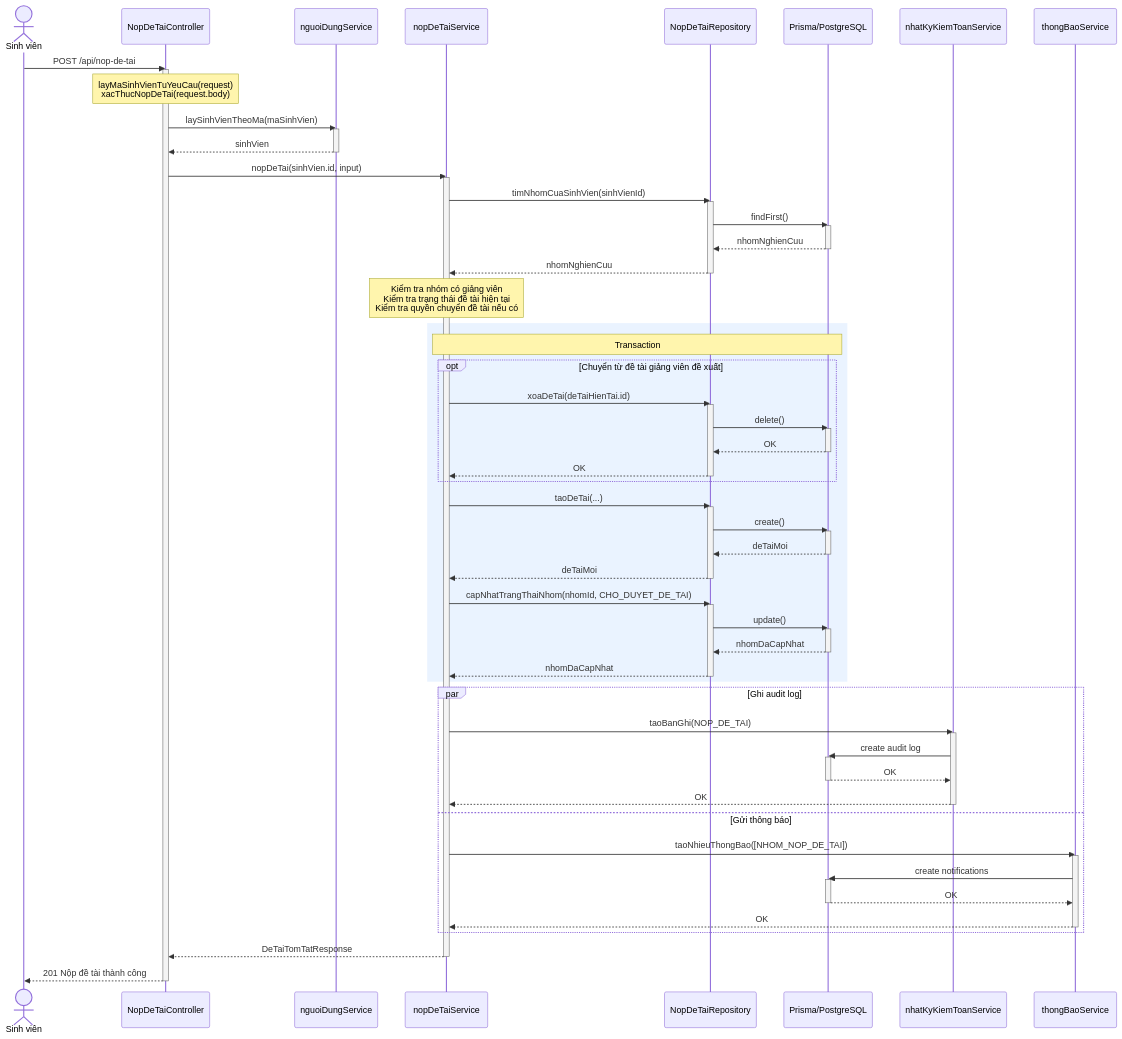
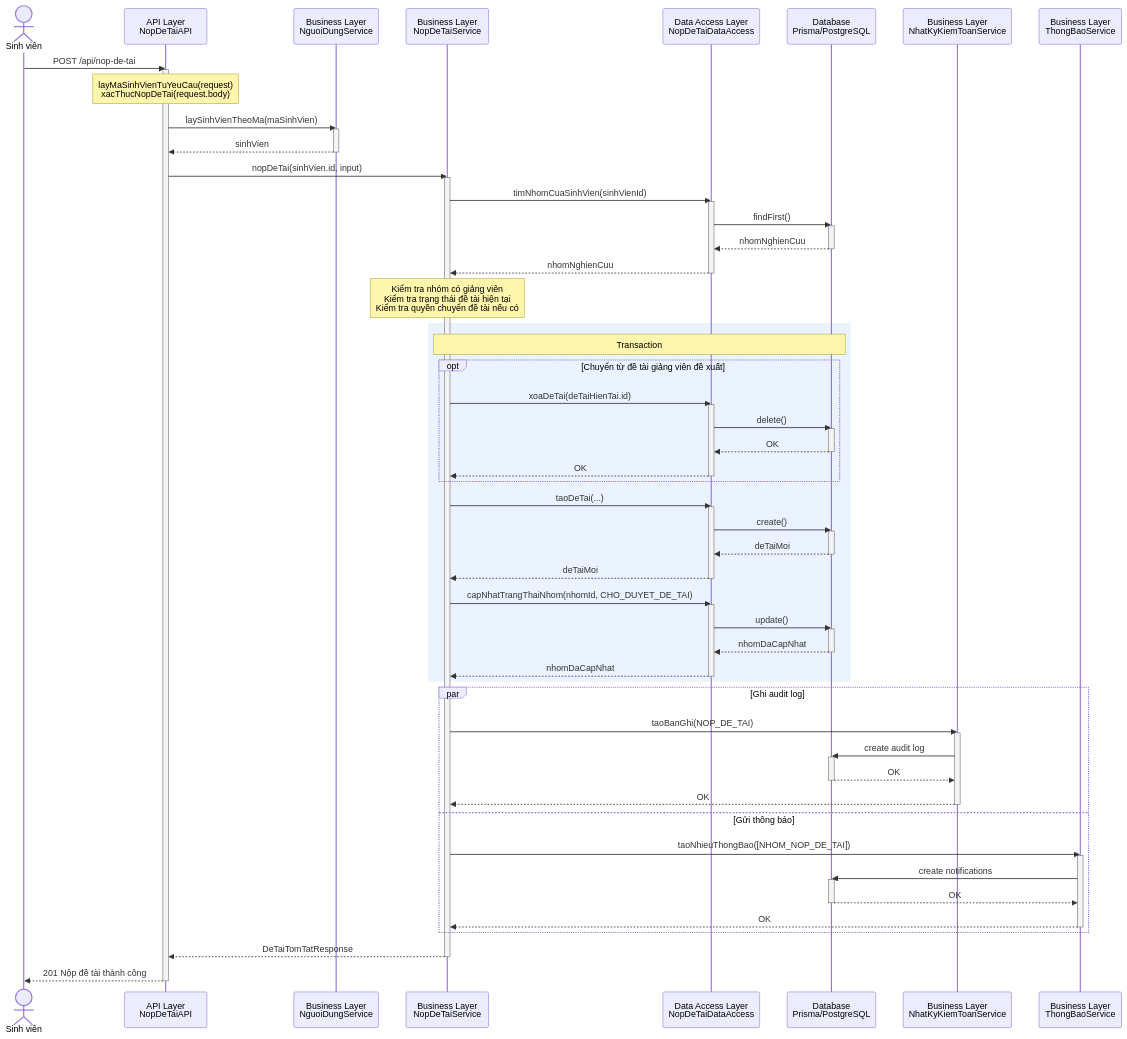
The first of 6 diagrams in bao-cao-thiet-ke-xu-ly-chi-tiet/nop-de-tai-tu-de-xuat.md (GiangTechiee/NCKH-KTPM), drawn with Mermaid before and after one commit. The commit also changed other lines of this file and 114 other files, not shown here.

First line of the commit message:
Refactor backend to 4-layer architecture

````diff
--- a/bao-cao-thiet-ke-xu-ly-chi-tiet/nop-de-tai-tu-de-xuat.md
+++ b/bao-cao-thiet-ke-xu-ly-chi-tiet/nop-de-tai-tu-de-xuat.md
@@ -20,67 +20,67 @@
 ```mermaid
 sequenceDiagram
   actor SinhVien as Sinh viên
-  participant NopDeTaiController
-  participant nguoiDungService
-  participant nopDeTaiService
-  participant NopDeTaiRepository
-  participant PrismaDB as Prisma/PostgreSQL
-  participant nhatKyKiemToanService
-  participant thongBaoService
+  participant NopDeTaiAPI as API Layer<br/>NopDeTaiAPI
+  participant nguoiDungService as Business Layer<br/>NguoiDungService
+  participant nopDeTaiService as Business Layer<br/>NopDeTaiService
+  participant NopDeTaiDataAccess as Data Access Layer<br/>NopDeTaiDataAccess
+  participant PrismaDB as Database<br/>Prisma/PostgreSQL
+  participant nhatKyKiemToanService as Business Layer<br/>NhatKyKiemToanService
+  participant thongBaoService as Business Layer<br/>ThongBaoService
 
-  SinhVien->>NopDeTaiController: POST /api/nop-de-tai
-  activate NopDeTaiController
-  Note over NopDeTaiController: layMaSinhVienTuYeuCau(request)<br/>xacThucNopDeTai(request.body)
+  SinhVien->>NopDeTaiAPI: POST /api/nop-de-tai
+  activate NopDeTaiAPI
+  Note over NopDeTaiAPI: layMaSinhVienTuYeuCau(request)<br/>xacThucNopDeTai(request.body)
 
-  NopDeTaiController->>nguoiDungService: laySinhVienTheoMa(maSinhVien)
+  NopDeTaiAPI->>nguoiDungService: laySinhVienTheoMa(maSinhVien)
   activate nguoiDungService
-  nguoiDungService-->>NopDeTaiController: sinhVien
+  nguoiDungService-->>NopDeTaiAPI: sinhVien
   deactivate nguoiDungService
 
-  NopDeTaiController->>nopDeTaiService: nopDeTai(sinhVien.id, input)
+  NopDeTaiAPI->>nopDeTaiService: nopDeTai(sinhVien.id, input)
   activate nopDeTaiService
 
-  nopDeTaiService->>NopDeTaiRepository: timNhomCuaSinhVien(sinhVienId)
-  activate NopDeTaiRepository
-  NopDeTaiRepository->>PrismaDB: findFirst()
+  nopDeTaiService->>NopDeTaiDataAccess: timNhomCuaSinhVien(sinhVienId)
+  activate NopDeTaiDataAccess
+  NopDeTaiDataAccess->>PrismaDB: findFirst()
   activate PrismaDB
-  PrismaDB-->>NopDeTaiRepository: nhomNghienCuu
+  PrismaDB-->>NopDeTaiDataAccess: nhomNghienCuu
   deactivate PrismaDB
-  NopDeTaiRepository-->>nopDeTaiService: nhomNghienCuu
-  deactivate NopDeTaiRepository
+  NopDeTaiDataAccess-->>nopDeTaiService: nhomNghienCuu
+  deactivate NopDeTaiDataAccess
 
   Note over nopDeTaiService: Kiểm tra nhóm có giảng viên<br/>Kiểm tra trạng thái đề tài hiện tại<br/>Kiểm tra quyền chuyển đề tài nếu có
 
   rect rgba(220, 235, 255, 0.6)
     Note over nopDeTaiService,PrismaDB: Transaction
     opt Chuyển từ đề tài giảng viên đề xuất
-      nopDeTaiService->>NopDeTaiRepository: xoaDeTai(deTaiHienTai.id)
-      activate NopDeTaiRepository
-      NopDeTaiRepository->>PrismaDB: delete()
+      nopDeTaiService->>NopDeTaiDataAccess: xoaDeTai(deTaiHienTai.id)
+      activate NopDeTaiDataAccess
+      NopDeTaiDataAccess->>PrismaDB: delete()
       activate PrismaDB
-      PrismaDB-->>NopDeTaiRepository: OK
+      PrismaDB-->>NopDeTaiDataAccess: OK
       deactivate PrismaDB
-      NopDeTaiRepository-->>nopDeTaiService: OK
-      deactivate NopDeTaiRepository
+      NopDeTaiDataAccess-->>nopDeTaiService: OK
+      deactivate NopDeTaiDataAccess
     end
 
-    nopDeTaiService->>NopDeTaiRepository: taoDeTai(...)
-    activate NopDeTaiRepository
-    NopDeTaiRepository->>PrismaDB: create()
+    nopDeTaiService->>NopDeTaiDataAccess: taoDeTai(...)
+    activate NopDeTaiDataAccess
+    NopDeTaiDataAccess->>PrismaDB: create()
     activate PrismaDB
-    PrismaDB-->>NopDeTaiRepository: deTaiMoi
+    PrismaDB-->>NopDeTaiDataAccess: deTaiMoi
     deactivate PrismaDB
-    NopDeTaiRepository-->>nopDeTaiService: deTaiMoi
-    deactivate NopDeTaiRepository
+    NopDeTaiDataAccess-->>nopDeTaiService: deTaiMoi
+    deactivate NopDeTaiDataAccess
 
-    nopDeTaiService->>NopDeTaiRepository: capNhatTrangThaiNhom(nhomId, CHO_DUYET_DE_TAI)
-    activate NopDeTaiRepository
-    NopDeTaiRepository->>PrismaDB: update()
+    nopDeTaiService->>NopDeTaiDataAccess: capNhatTrangThaiNhom(nhomId, CHO_DUYET_DE_TAI)
+    activate NopDeTaiDataAccess
+    NopDeTaiDataAccess->>PrismaDB: update()
     activate PrismaDB
-    PrismaDB-->>NopDeTaiRepository: nhomDaCapNhat
+    PrismaDB-->>NopDeTaiDataAccess: nhomDaCapNhat
     deactivate PrismaDB
-    NopDeTaiRepository-->>nopDeTaiService: nhomDaCapNhat
-    deactivate NopDeTaiRepository
+    NopDeTaiDataAccess-->>nopDeTaiService: nhomDaCapNhat
+    deactivate NopDeTaiDataAccess
   end
 
   par Ghi audit log
@@ -103,8 +103,8 @@
     deactivate thongBaoService
   end
 
-  nopDeTaiService-->>NopDeTaiController: DeTaiTomTatResponse
+  nopDeTaiService-->>NopDeTaiAPI: DeTaiTomTatResponse
   deactivate nopDeTaiService
-  NopDeTaiController-->>SinhVien: 201 Nộp đề tài thành công
-  deactivate NopDeTaiController
+  NopDeTaiAPI-->>SinhVien: 201 Nộp đề tài thành công
+  deactivate NopDeTaiAPI
 ```
````
